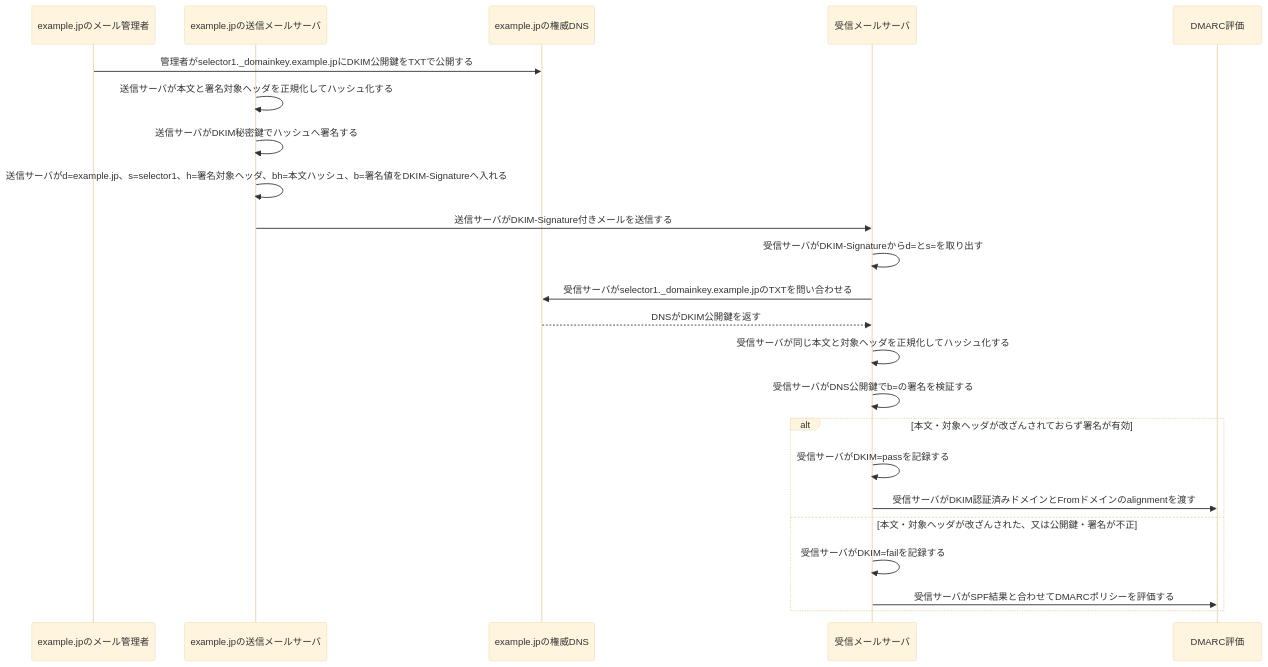
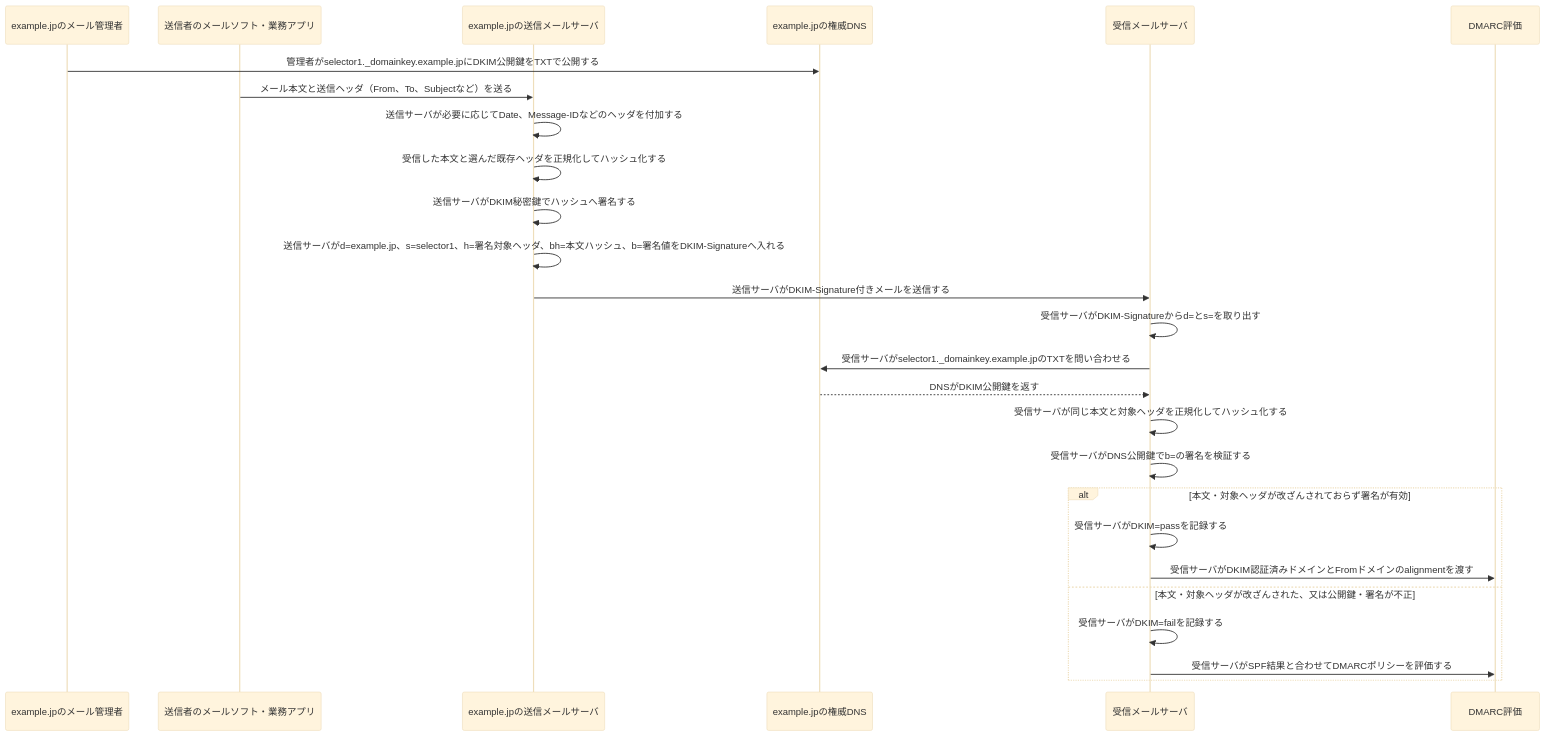
The diagram in 復習用/流れ図/DKIMの署名と検証.md (ryusuke2003/security-specialist-study), drawn with Mermaid (base theme) before and after one commit. The commit also changed other lines of this file, not shown here.

Commit message:
DKIMの説明が不十分だったので追記

````diff
--- a/復習用/流れ図/DKIMの署名と検証.md
+++ b/復習用/流れ図/DKIMの署名と検証.md
@@ -5,29 +5,32 @@
 ```mermaid
 sequenceDiagram
     participant Admin as example.jpのメール管理者
+    participant Client as 送信者のメールソフト・業務アプリ
     participant Sender as example.jpの送信メールサーバ
     participant DNS as example.jpの権威DNS
     participant Receiver as 受信メールサーバ
     participant Policy as DMARC評価
 
     Admin->>DNS: 管理者がselector1._domainkey.example.jpにDKIM公開鍵をTXTで公開する
 
-    Sender->>Sender: 送信サーバが本文と署名対象ヘッダを正規化してハッシュ化する
+    Client->>Sender: メール本文と送信ヘッダ（From、To、Subjectなど）を送る
+    Sender->>Sender: 送信サーバが必要に応じてDate、Message-IDなどのヘッダを付加する
+    Sender->>Sender: 受信した本文と選んだ既存ヘッダを正規化してハッシュ化する
     Sender->>Sender: 送信サーバがDKIM秘密鍵でハッシュへ署名する
     Sender->>Sender: 送信サーバがd=example.jp、s=selector1、h=署名対象ヘッダ、bh=本文ハッシュ、b=署名値をDKIM-Signatureへ入れる
     Sender->>Receiver: 送信サーバがDKIM-Signature付きメールを送信する
 
     Receiver->>Receiver: 受信サーバがDKIM-Signatureからd=とs=を取り出す
     Receiver->>DNS: 受信サーバがselector1._domainkey.example.jpのTXTを問い合わせる
     DNS-->>Receiver: DNSがDKIM公開鍵を返す
     Receiver->>Receiver: 受信サーバが同じ本文と対象ヘッダを正規化してハッシュ化する
     Receiver->>Receiver: 受信サーバがDNS公開鍵でb=の署名を検証する
 
     alt 本文・対象ヘッダが改ざんされておらず署名が有効
         Receiver->>Receiver: 受信サーバがDKIM=passを記録する
         Receiver->>Policy: 受信サーバがDKIM認証済みドメインとFromドメインのalignmentを渡す
     else 本文・対象ヘッダが改ざんされた、又は公開鍵・署名が不正
         Receiver->>Receiver: 受信サーバがDKIM=failを記録する
         Receiver->>Policy: 受信サーバがSPF結果と合わせてDMARCポリシーを評価する
     end
 ```
````
